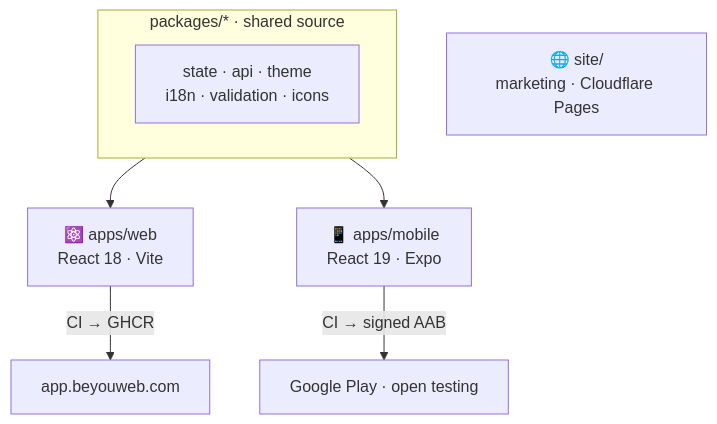
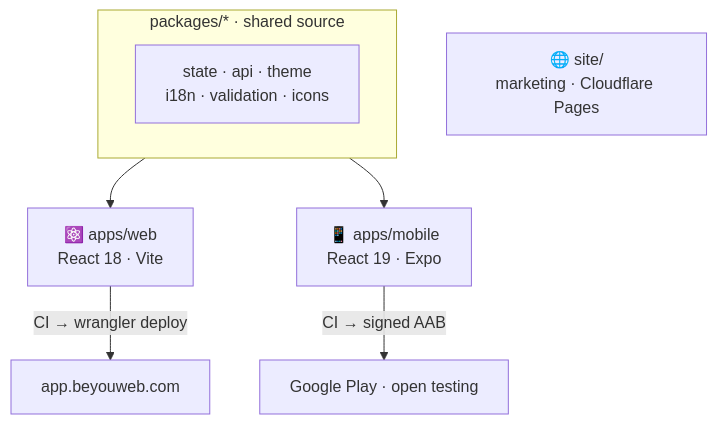
Before and after one commit to AndDev741/Beyou-arch-design: the diagram in projects/beyou-frontend/diagram.mmd, drawn with Mermaid. The commit also changed 25 other files, not shown here.

```diff
--- a/projects/beyou-frontend/diagram.mmd
+++ b/projects/beyou-frontend/diagram.mmd
@@ -1,9 +1,9 @@
 flowchart TD
   subgraph pkgs["packages/* · shared source"]
     ST["state · api · theme<br/>i18n · validation · icons"]
   end
   pkgs --> WEB["⚛️ apps/web<br/>React 18 · Vite"]
   pkgs --> MOB["📱 apps/mobile<br/>React 19 · Expo"]
   SITE["🌐 site/<br/>marketing · Cloudflare Pages"]
-  WEB -->|"CI → GHCR"| PROD["app.beyouweb.com"]
+  WEB -->|"CI → wrangler deploy"| PROD["app.beyouweb.com"]
   MOB -->|"CI → signed AAB"| REL["Google Play · open testing"]
```
